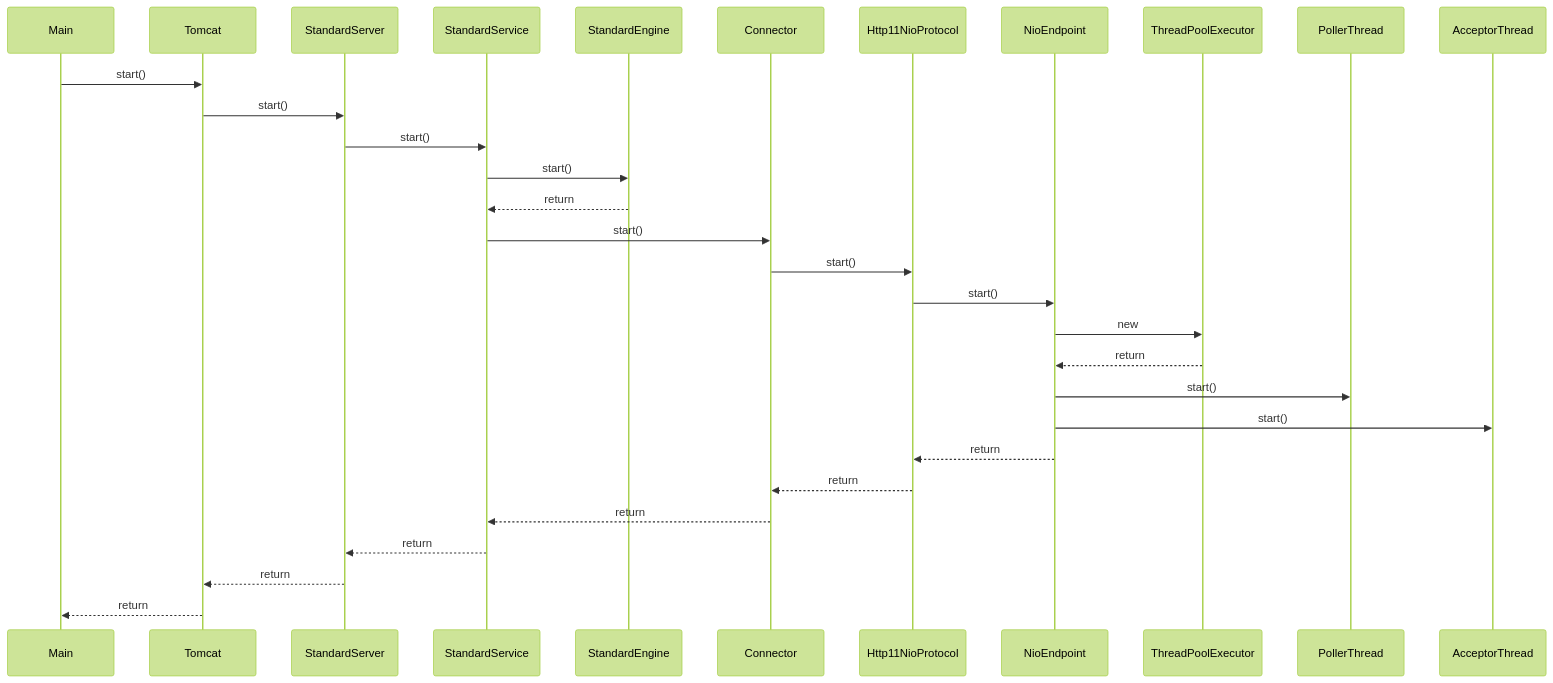
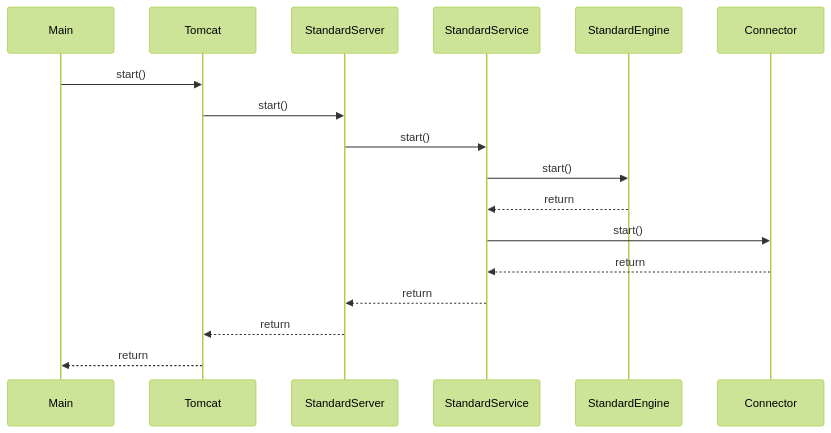
One commit to MasatoshiTada/embed-tomcat-sample changed the second of 3 diagrams in README.md. Above: the diagram before and after it, drawn with Mermaid (forest theme).

Commit message:
シーケンス図修正

````diff
--- a/README.md
+++ b/README.md
@@ -52,21 +52,13 @@
 ```mermaid
 sequenceDiagram
     Main ->> Tomcat: start()
     Tomcat ->> StandardServer: start()
     StandardServer ->> StandardService: start()
     StandardService ->> StandardEngine: start()
     StandardEngine -->> StandardService: return
     StandardService ->> Connector: start()
-    Connector ->> Http11NioProtocol: start()
-    Http11NioProtocol ->> NioEndpoint: start()
-    NioEndpoint ->> ThreadPoolExecutor: new
-    ThreadPoolExecutor -->> NioEndpoint: return
-    NioEndpoint ->> PollerThread: start()
-    NioEndpoint ->> AcceptorThread: start()
-    NioEndpoint -->> Http11NioProtocol: return
-    Http11NioProtocol -->> Connector: return
     Connector -->> StandardService: return
     StandardService -->> StandardServer: return
     StandardServer -->> Tomcat: return
     Tomcat -->> Main: return
 ```
````
